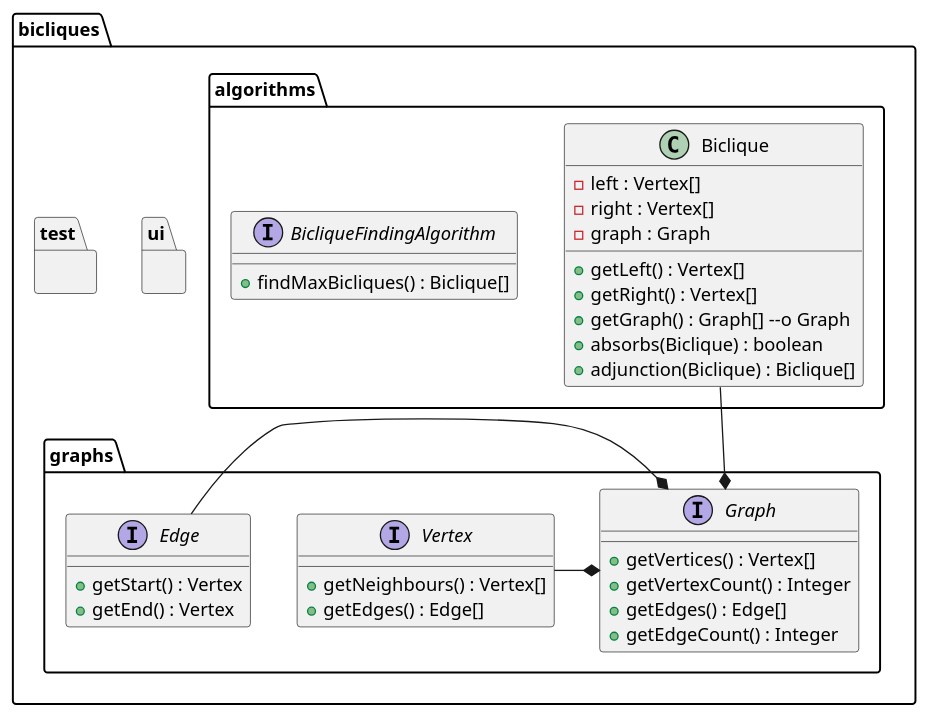
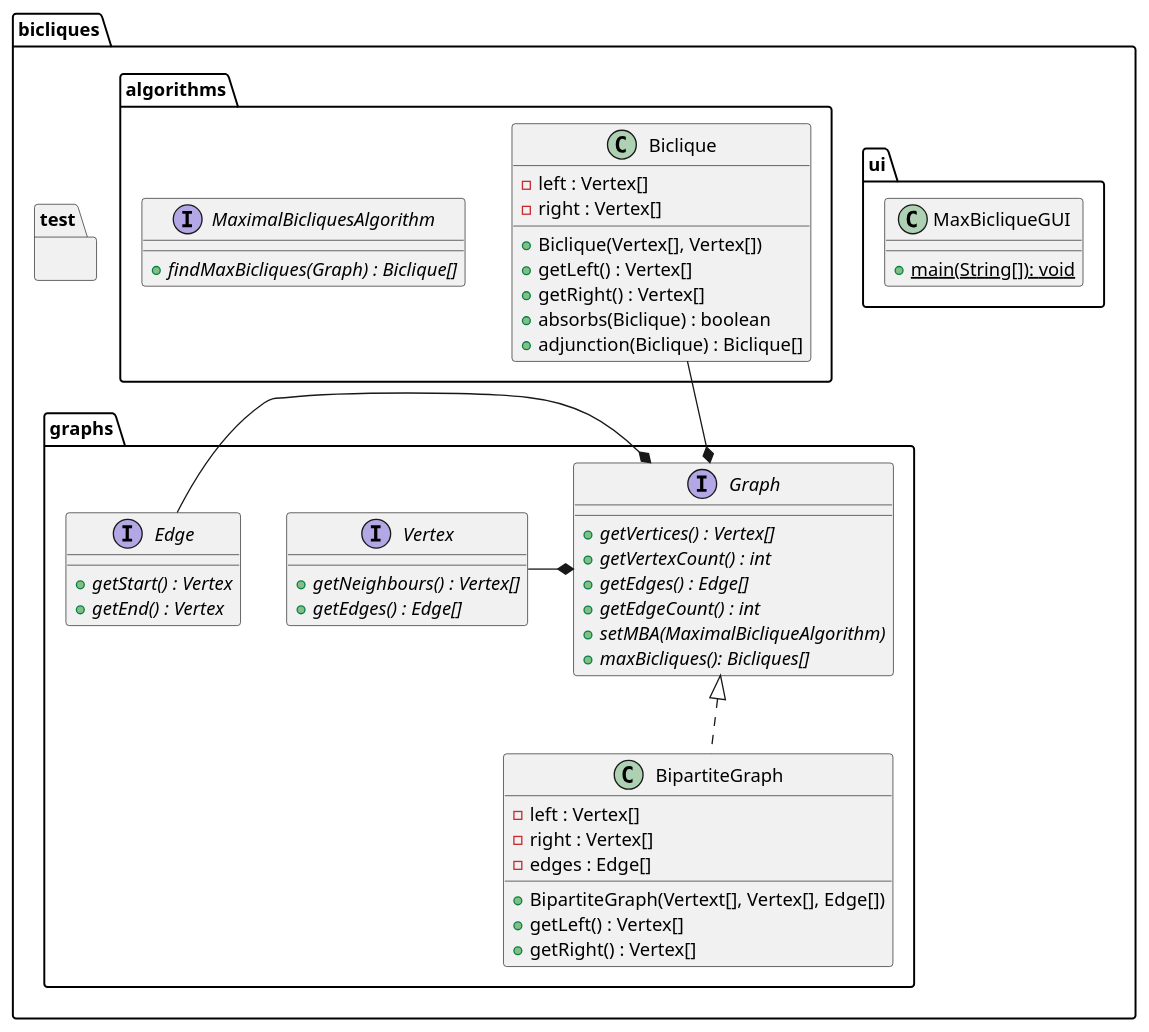
Before and after one commit to wirmius/max_bicliques: the diagram in class_diagram.puml, drawn with PlantUML. The commit also changed other lines of this file, not shown here.

Commit message:
class diagram: some modifications

```diff
--- a/class_diagram.puml
+++ b/class_diagram.puml
@@ -17,75 +19,106 @@
 @startuml
 
 package bicliques {
 
 ' The graph section
 package bicliques.graphs {
 
   interface Graph {
-    {method} + getVertices() : Vertex[]
-    {method} + getVertexCount() : Integer
-    {method} + getEdges() : Edge[]
-    {method} + getEdgeCount() : Integer
+    {method}{abstract} + getVertices() : Vertex[]
+    {method}{abstract} + getVertexCount() : int
+    {method}{abstract} + getEdges() : Edge[]
+    {method}{abstract} + getEdgeCount() : int
+    {method}{abstract} + setMBA(MaximalBicliqueAlgorithm)
+    {method}{abstract} + maxBicliques(): Bicliques[]
   }
 
   interface Vertex {
-    {method} + getNeighbours() : Vertex[]
-    {method} + getEdges() : Edge[]
+    {method}{abstract} + getNeighbours() : Vertex[]
+    {method}{abstract} + getEdges() : Edge[]
   }
   
   interface Edge {
-    {method} + getStart() : Vertex
-    {method} + getEnd() : Vertex
+    {method}{abstract} + getStart() : Vertex
+    {method}{abstract} + getEnd() : Vertex
   }
 
   Vertex -* Graph
   Edge -* Graph
+  
+  class BipartiteGraph {
+    {field} - left : Vertex[]
+    {field} - right : Vertex[]
+    {field} - edges : Edge[]
+    {method} + BipartiteGraph(Vertext[], Vertex[], Edge[])
+    {method} + getLeft() : Vertex[]
+    {method} + getRight() : Vertex[]
+  }
+  
+  Graph <|.. BipartiteGraph
   
 }
 
 
 ' The UI section
 package bicliques.ui {
 
 /'
 For the UI part I say we need to come up with something, that can read in
 the text files (I don't want to be copying and pasting stuff in the windows
 every time I use it). - MI.
+
+So do I. In my suggested screenshot of a possible UI the menu would provide
+- Input: load (from file) or from input in window
+- Output: save (to file)
+- Algorithm: choose between several implemented ones
+- Help: Description of algorithms and the common "About".
+-RK
 '/
 
+  class MaxBicliqueGUI {
+    {method}{static} + main(String[]): void
+  }
 }
 
 ' The algorithms section
 package bicliques.algorithms {
 
   class Biclique {
     {field} - left : Vertex[]
     {field} - right : Vertex[]
-    {field} - graph : Graph
+/'
+Why should we need access to a graph from a biclique? -RK
+'    {field} - graph : Graph
+'/
+	{method} + Biclique(Vertex[], Vertex[])
     {method} + getLeft() : Vertex[]
     {method} + getRight() : Vertex[]
-    {method} + getGraph() : Graph[] --o Graph
+/'
+Why should we need access to a graph from a biclique? -RK
+'    {method} + getGraph() : Graph[] --o Graph
+'/
     {method} + absorbs(Biclique) : boolean
     {method} + adjunction(Biclique) : Biclique[]
   }
 
   Biclique --* Graph
 
-  interface BicliqueFindingAlgorithm {
-    {method} + findMaxBicliques() : Biclique[]
+  interface MaximalBicliquesAlgorithm {
+    {method}{abstract} + findMaxBicliques(Graph) : Biclique[]
   }
 
 }
 
 package bicliques.test {
 
 /'
 The testing that we will need. I say we use junit 4 or 5
 to make it more streamlined. -MI
+I agree. -RK
 '/
 
 }
 
 }
 
 @enduml
```
